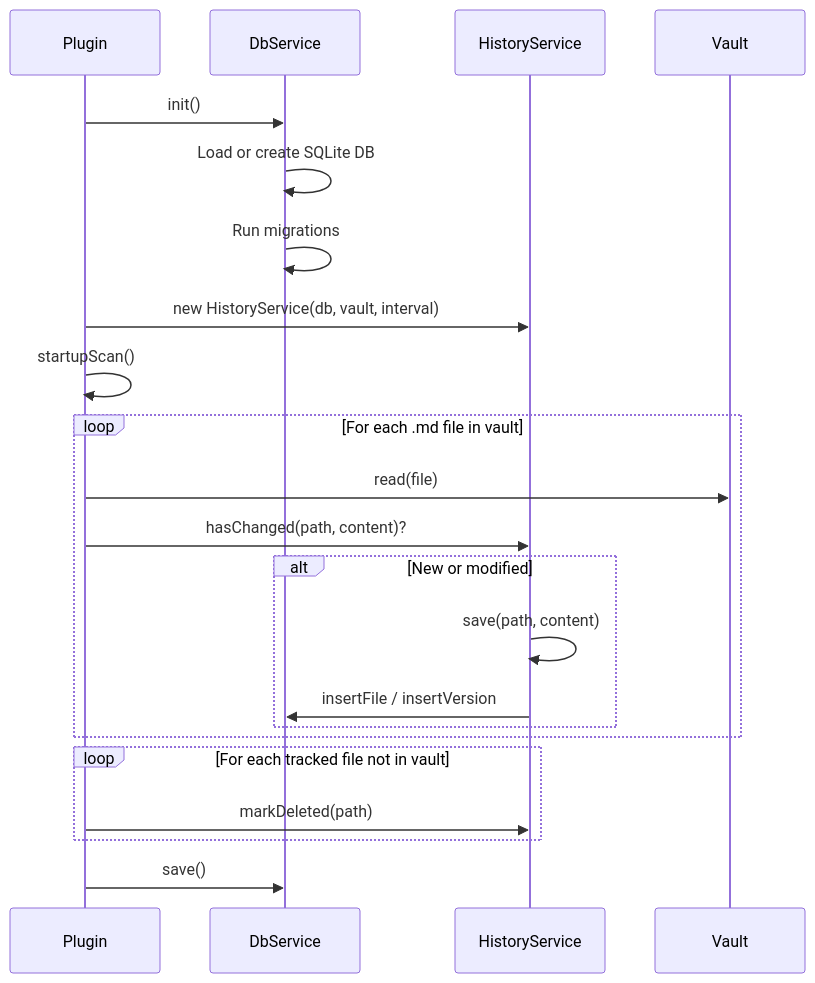
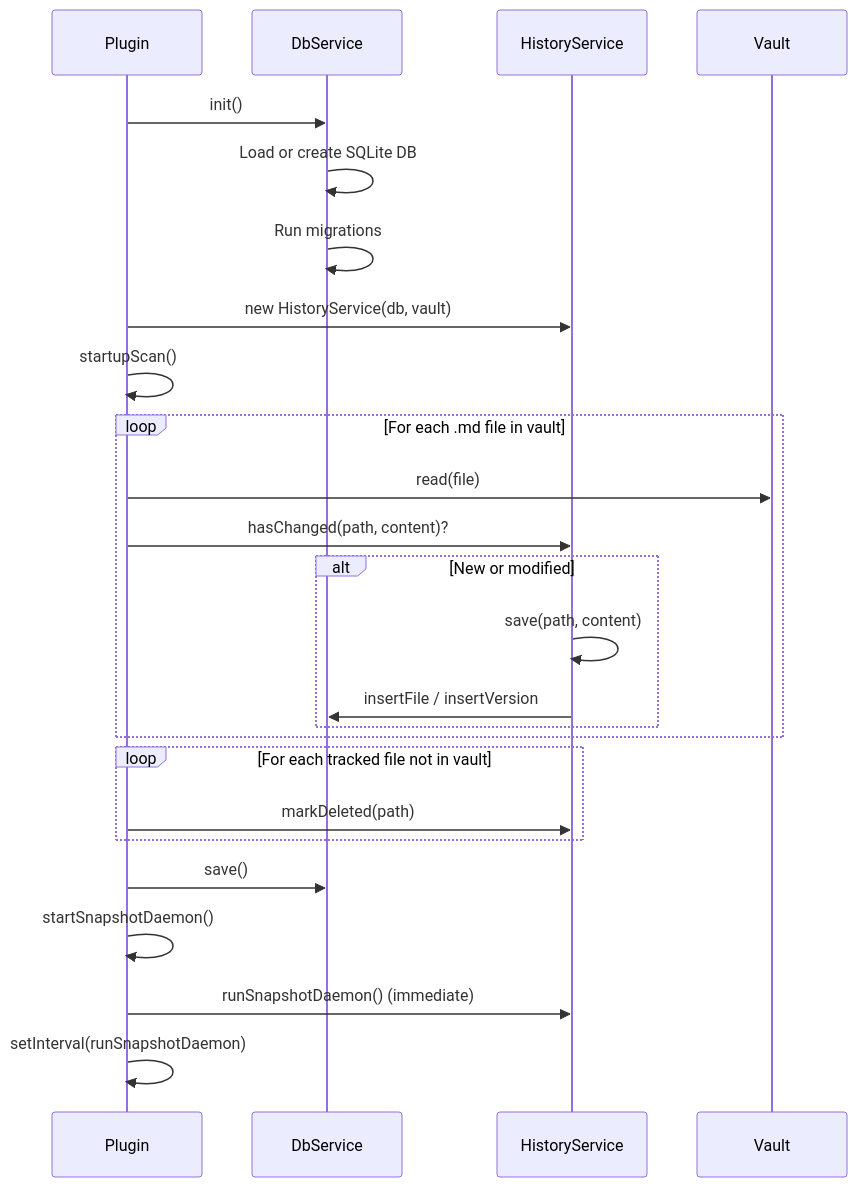
One commit to thspinto/obsync changed the second of 9 diagrams in docs/architecture.md. Above: the diagram before and after it, drawn with Mermaid. The commit also changed other lines of this file and 5 other files, not shown here.

````diff
--- a/docs/architecture.md
+++ b/docs/architecture.md
@@ -71,28 +76,31 @@
 ```mermaid
 sequenceDiagram
     participant P as Plugin
     participant DB as DbService
     participant H as HistoryService
     participant V as Vault
 
     P->>DB: init()
     DB->>DB: Load or create SQLite DB
     DB->>DB: Run migrations
-    P->>H: new HistoryService(db, vault, interval)
+    P->>H: new HistoryService(db, vault)
     P->>P: startupScan()
 
     loop For each .md file in vault
         P->>V: read(file)
         P->>H: hasChanged(path, content)?
         alt New or modified
             H->>H: save(path, content)
             H->>DB: insertFile / insertVersion
         end
     end
 
     loop For each tracked file not in vault
         P->>H: markDeleted(path)
     end
 
     P->>DB: save()
+    P->>P: startSnapshotDaemon()
+    P->>H: runSnapshotDaemon() (immediate)
+    P->>P: setInterval(runSnapshotDaemon)
 ```
````
